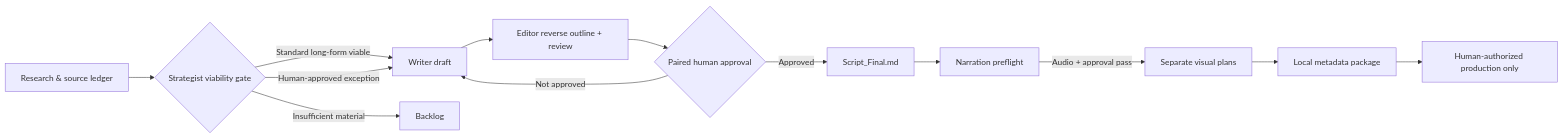
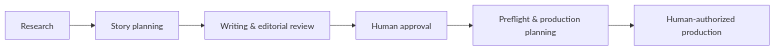
Before and after one commit to Brody-M/cold-truth: the diagram in README.md, drawn with Mermaid. The commit also changed other lines of this file, not shown here.

````diff
--- a/README.md
+++ b/README.md
@@ -21,15 +20,8 @@
 ```mermaid
 flowchart LR
-    A[Research & source ledger] --> B{Strategist viability gate}
-    B -->|Standard long-form viable| C[Writer draft]
-    B -->|Human-approved exception| C
-    B -->|Insufficient material| Z[Backlog]
-    C --> D[Editor reverse outline + review]
-    D --> E{Paired human approval}
-    E -->|Approved| F[Script_Final.md]
-    E -->|Not approved| C
-    F --> G[Narration preflight]
-    G -->|Audio + approval pass| H[Separate visual plans]
-    H --> I[Local metadata package]
-    I --> J[Human-authorized production only]
+    A[Research] --> B[Story planning]
+    B --> C[Writing & editorial review]
+    C --> D[Human approval]
+    D --> E[Preflight & production planning]
+    E --> F[Human-authorized production]
 ```
````
